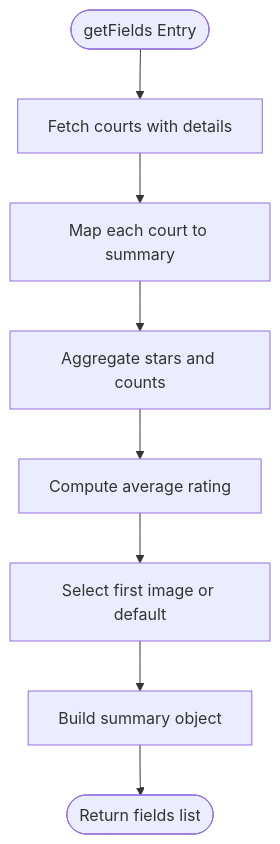
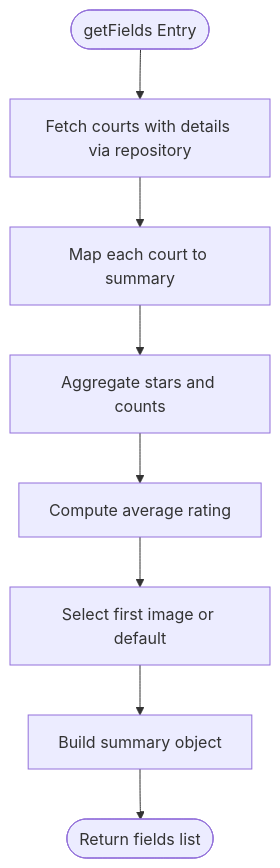
The fifth of 8 diagrams in .qoder/repowiki/en/content/Backend Architecture/Service Layer.md (nguyencongtrung2001/Do-An), drawn with Mermaid before and after one commit. The commit also changed other lines of this file and 12 other files, not shown here.

````diff
--- a/.qoder/repowiki/en/content/Backend Architecture/Service Layer.md
+++ b/.qoder/repowiki/en/content/Backend Architecture/Service Layer.md
@@ -273,10 +284,10 @@
 ```mermaid
 flowchart TD
-StartF(["getFields Entry"]) --> Fetch["Fetch courts with details"]
+StartF(["getFields Entry"]) --> Fetch["Fetch courts with details via repository"]
 Fetch --> Map["Map each court to summary"]
 Map --> Reviews["Aggregate stars and counts"]
 Reviews --> Avg["Compute average rating"]
 Avg --> ImageSel["Select first image or default"]
 ImageSel --> Build["Build summary object"]
 Build --> DoneF(["Return fields list"])
 ```
````
